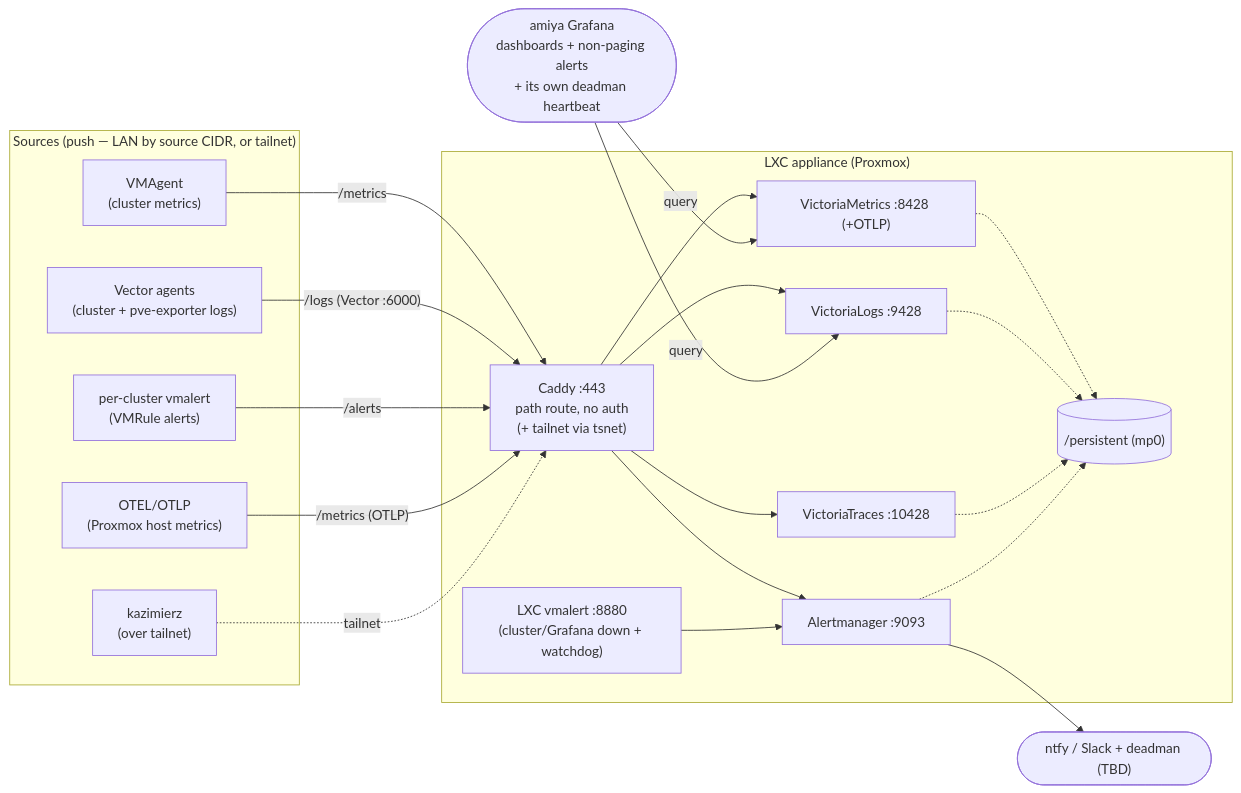
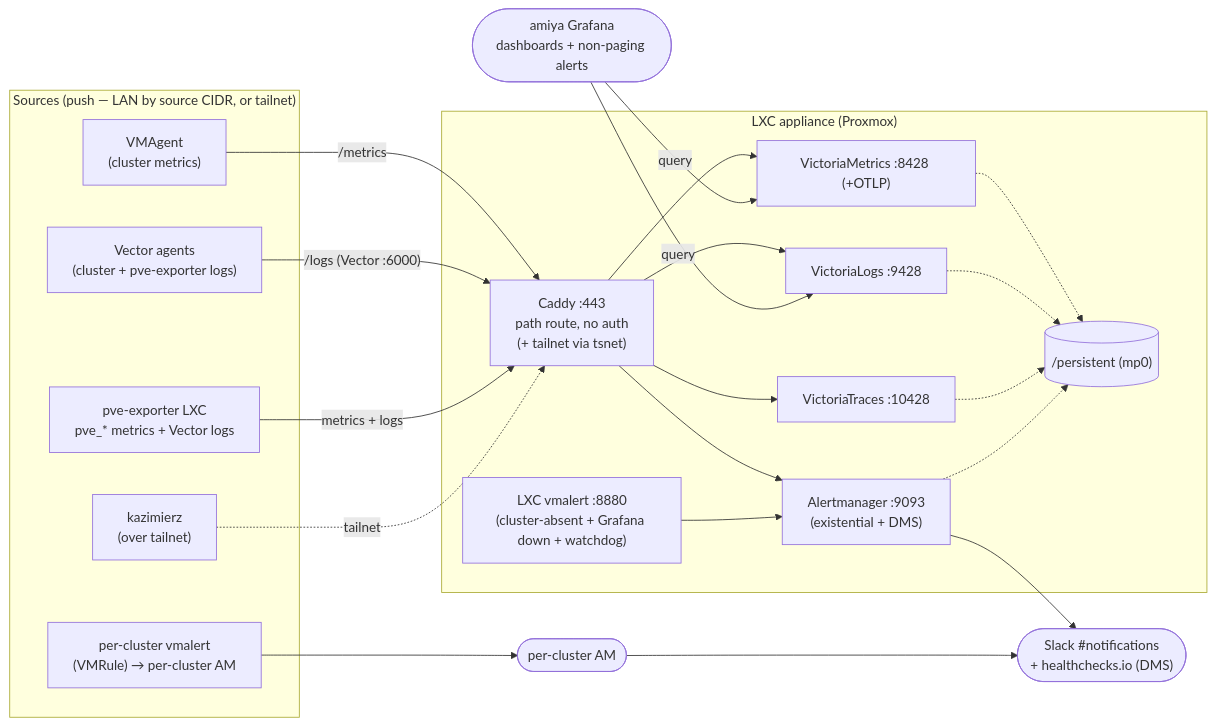
Before and after one commit to chezmoidotsh/arcane: the diagram in projects/chezmoi.sh/src/infrastructure/proxmox/lxc/observability/README.md, drawn with Mermaid. The commit also changed other lines of this file and 1 other file, not shown here.

First line of the commit message:
@[project:chezmoi.sh]: Correct o11y architecture — PVE exporter, per-cluster AM, single DMS

````diff
--- a/projects/chezmoi.sh/src/infrastructure/proxmox/lxc/observability/README.md
+++ b/projects/chezmoi.sh/src/infrastructure/proxmox/lxc/observability/README.md
@@ -37,42 +37,44 @@
 ```mermaid
 flowchart LR
     subgraph sources["Sources (push — LAN by source CIDR, or tailnet)"]
         vmagent["VMAgent<br/>(cluster metrics)"]
         clvector["Vector agents<br/>(cluster + pve-exporter logs)"]
-        clalert["per-cluster vmalert<br/>(VMRule alerts)"]
-        otlp["OTEL/OTLP<br/>(Proxmox host metrics)"]
+        clalert["per-cluster vmalert<br/>(VMRule) → per-cluster AM"]
+        pvexp["pve-exporter LXC<br/>pve_* metrics + Vector logs"]
         kaz["kazimierz<br/>(over tailnet)"]
     end
 
     subgraph lxc["LXC appliance (Proxmox)"]
         caddy["Caddy :443<br/>path route, no auth<br/>(+ tailnet via tsnet)"]
         vm["VictoriaMetrics :8428 (+OTLP)"]
         vl["VictoriaLogs :9428"]
         vt["VictoriaTraces :10428"]
-        am["Alertmanager :9093"]
-        lxcalert["LXC vmalert :8880<br/>(cluster/Grafana down + watchdog)"]
+        am["Alertmanager :9093<br/>(existential + DMS)"]
+        lxcalert["LXC vmalert :8880<br/>(cluster-absent + Grafana down + watchdog)"]
         data[("/persistent (mp0)")]
     end
 
-    page(["ntfy / Slack + deadman (TBD)"])
-    grafana(["amiya Grafana<br/>dashboards + non-paging alerts<br/>+ its own deadman heartbeat"])
+    page(["Slack #notifications<br/>+ healthchecks.io (DMS)"])
+    clam(["per-cluster AM"])
+    grafana(["amiya Grafana<br/>dashboards + non-paging alerts"])
 
     vmagent -->|"/metrics"| caddy
     clvector -->|"/logs (Vector :6000)"| caddy
-    clalert -->|"/alerts"| caddy
-    otlp -->|"/metrics (OTLP)"| caddy
+    pvexp -->|"metrics + logs"| caddy
     kaz -.tailnet.-> caddy
 
     caddy --> vm
     caddy --> vl
     caddy --> vt
     caddy --> am
     lxcalert --> am
+    clalert --> clam
+    clam --> page
     am --> page
     vm -.-> data
     vl -.-> data
     vt -.-> data
     am -.-> data
     grafana -->|query| vm
     grafana -->|query| vl
 ```
````
